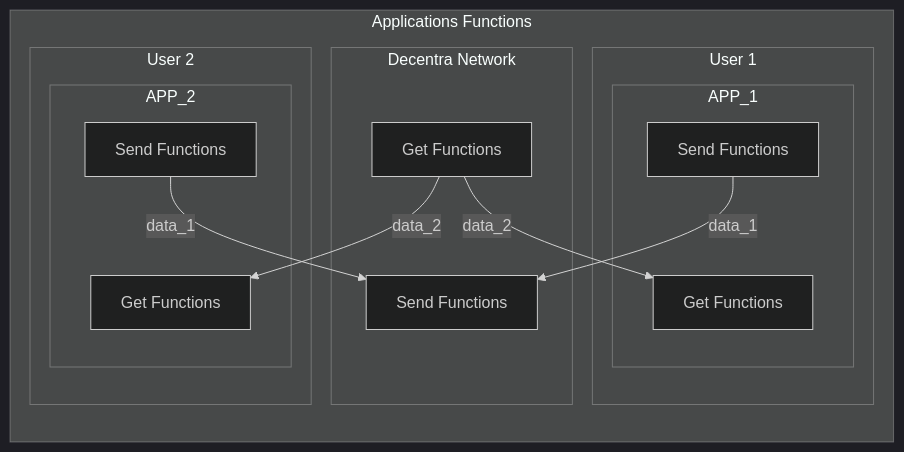
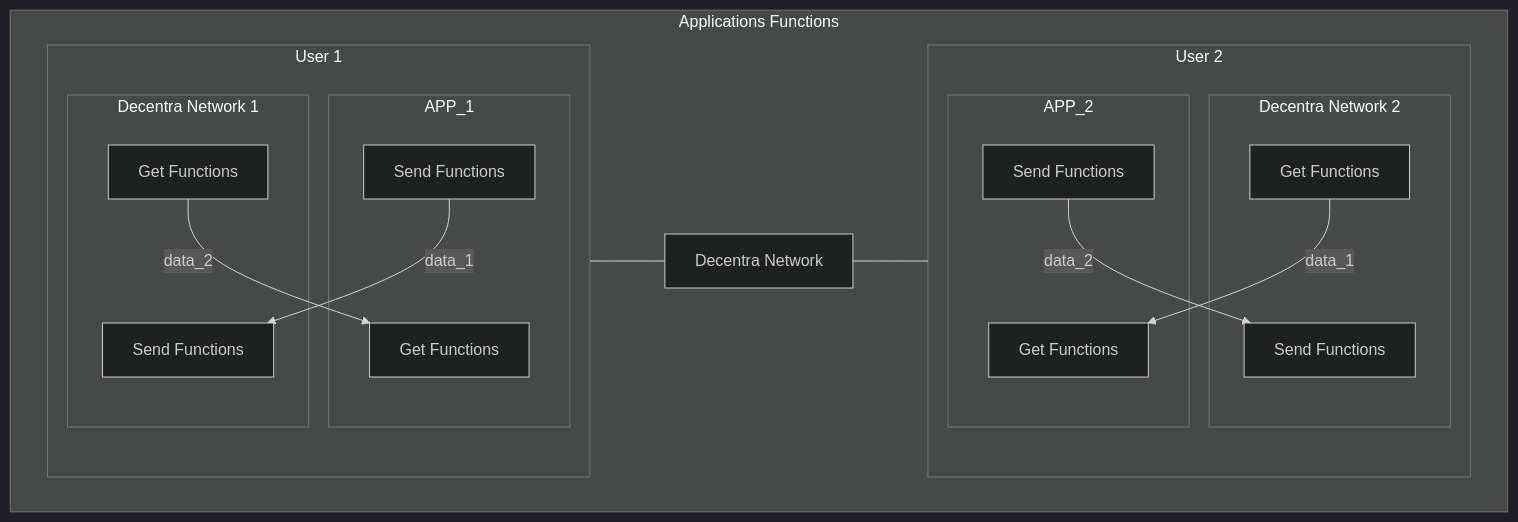
One commit to Naruno/Naruno changed the first of 2 diagrams in docs/concepts/apps.md. Above: the diagram before and after it, drawn with Mermaid (dark theme).

Commit message:
docs: Seperating Apps concept to Decentra Networks (#1416)
* docs: Seperating Apps concept to Decentra Networks

* Restyled by prettier-markdown

````diff
--- a/docs/concepts/apps.md
+++ b/docs/concepts/apps.md
@@ -24,33 +24,46 @@
 ```mermaid
-flowchart LR
+flowchart TB
     subgraph Applications Functions
-    subgraph user_1[User 1]
-        subgraph APP_1
-            send_1[Send Functions]
-            get_1[Get Functions]
+        subgraph user_1[User 1]
+            subgraph APP_1
+                send_1[Send Functions]
+                get_1[Get Functions]
+            end
+
+
+            subgraph dn1[Decentra Network 1]
+                send_d1[Send Functions]
+                get_d1[Get Functions]
+
+            end
         end
-    end
 
-    subgraph Decentra Network
-        send_d[Send Functions]
-        get_d[Get Functions]
+
+
+
+        subgraph user_2[User 2]
+            subgraph dn2[Decentra Network 2]
+                send_d2[Send Functions]
+                get_d2[Get Functions]
+            end
+            subgraph APP_2
+                send_2[Send Functions]
+                get_2[Get Functions]
+            end
+
+        end
+
+        send_1 -- data_1 --> send_d1
+        get_d1 -- data_2 --> get_1
+
+        send_2 -- data_2 --> send_d2
+        get_d2 -- data_1 --> get_2
+
+
+        user_1 --- Decentra_Network[Decentra Network] --- user_2
+
+
     end
 
 
-
-    subgraph user_2[User 2]
-        subgraph APP_2
-            send_2[Send Functions]
-            get_2[Get Functions]
-        end
-    end
-
-    send_1 -- data_1 --> send_d
-    get_d -- data_2 --> get_1
-
-    send_2 -- data_1 --> send_d
-    get_d -- data_2 --> get_2
-
-end
-
 ```
````
